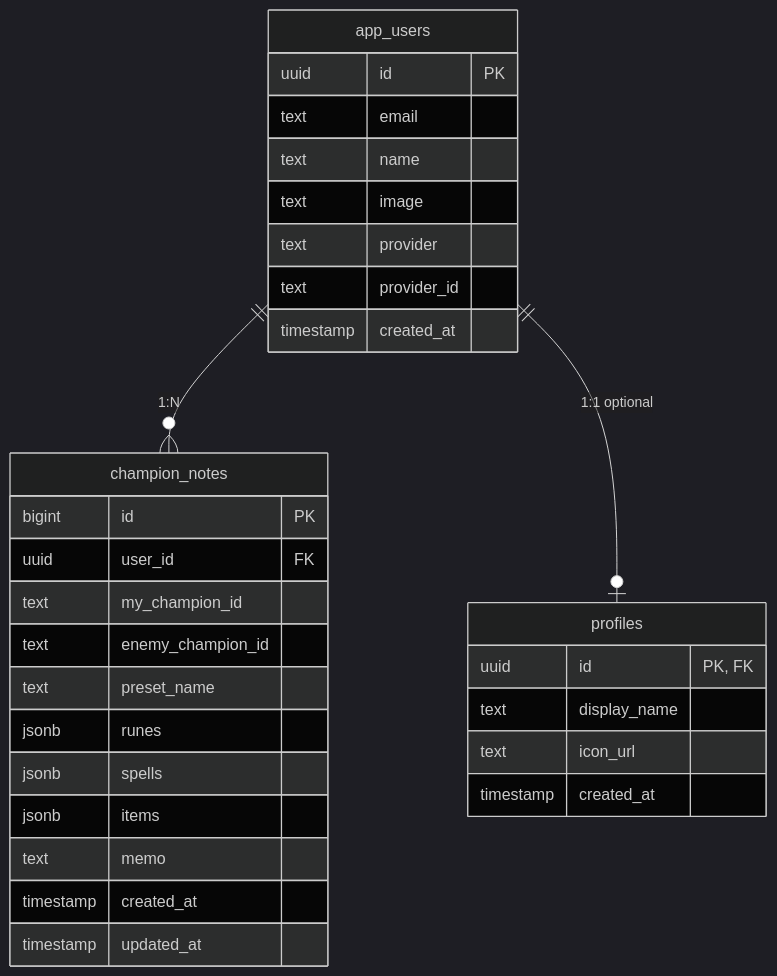
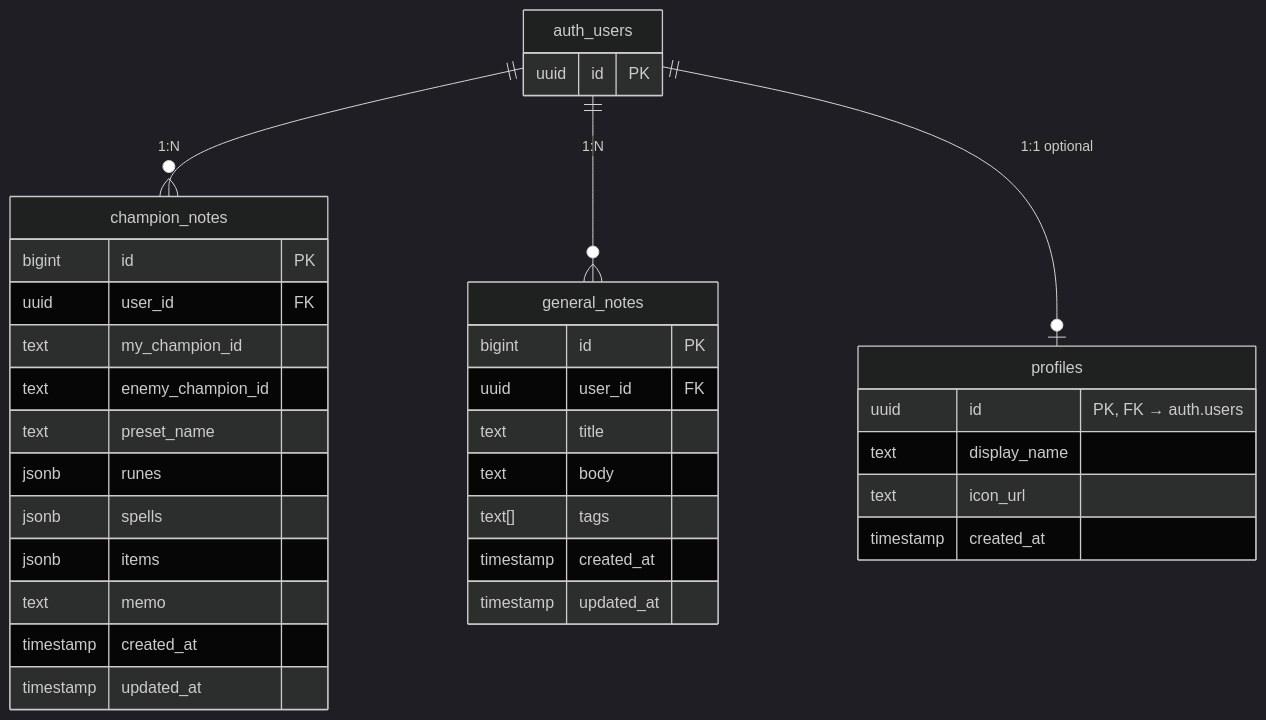
The third of 3 diagrams in .kiro/specs/note-database-design/design.md (clone701/lollab), drawn with Mermaid (dark theme) before and after one commit. The commit also changed other lines of this file and 137 other files, not shown here.

````diff
--- a/.kiro/specs/note-database-design/design.md
+++ b/.kiro/specs/note-database-design/design.md
@@ -245,36 +169,41 @@
 ```mermaid
 erDiagram
-    app_users ||--o{ champion_notes : "1:N"
-    app_users ||--o| profiles : "1:1 optional"
-    
-    app_users {
+    auth_users ||--o{ champion_notes : "1:N"
+    auth_users ||--o{ general_notes : "1:N"
+    auth_users ||--o| profiles : "1:1 optional"
+
+    auth_users {
         uuid id PK
-        text email
-        text name
-        text image
-        text provider
-        text provider_id
-        timestamp created_at
     }
-    
+
     profiles {
-        uuid id "PK, FK"
+        uuid id "PK, FK → auth.users"
         text display_name
         text icon_url
         timestamp created_at
     }
-    
+
     champion_notes {
         bigint id PK
         uuid user_id FK
         text my_champion_id
         text enemy_champion_id
         text preset_name
         jsonb runes
         jsonb spells
         jsonb items
         text memo
         timestamp created_at
         timestamp updated_at
     }
+
+    general_notes {
+        bigint id PK
+        uuid user_id FK
+        text title
+        text body
+        text[] tags
+        timestamp created_at
+        timestamp updated_at
+    }
 ```
````
